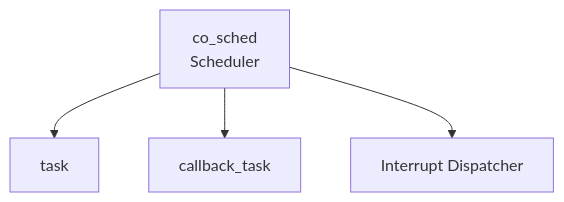
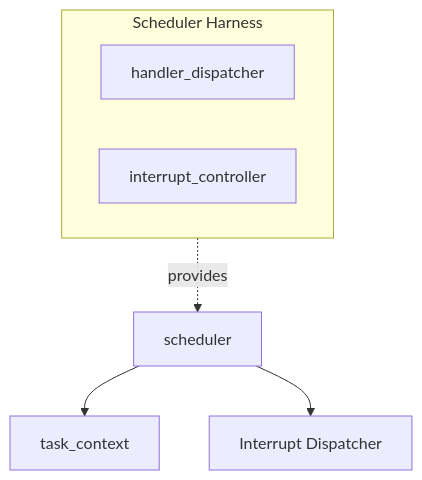
One commit to kmt-t/fireball changed the first of 2 diagrams in docs/orders/components/scheduler.md. Above: the diagram before and after it, drawn with Mermaid. The commit also changed other lines of this file and 22 other files, not shown here.

````diff
--- a/docs/orders/components/scheduler.md
+++ b/docs/orders/components/scheduler.md
@@ -14,6 +17,12 @@
 ```mermaid
 graph TD
-    Sched[co_sched<br/>Scheduler] --> TCB[task]
-    Sched --> CBT[callback_task]
-    Sched --> Interrupt[Interrupt Dispatcher]
+    subgraph Harness[Scheduler Harness]
+        H_IF[handler_dispatcher]
+        I_IF[interrupt_controller]
+    end
+
+    Sched[scheduler] --> TCB[task_context]
+    Sched --> Int[Interrupt Dispatcher]
+    
+    Harness -. provides .-> Sched
 ```
````
